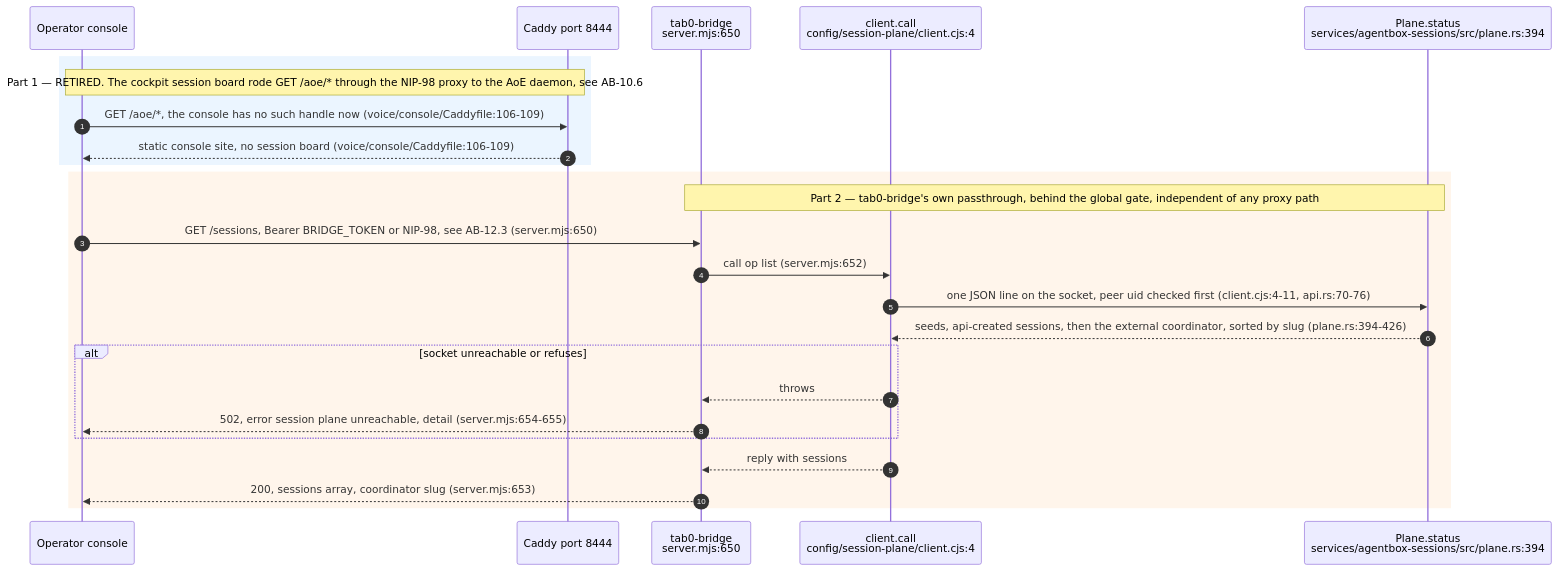
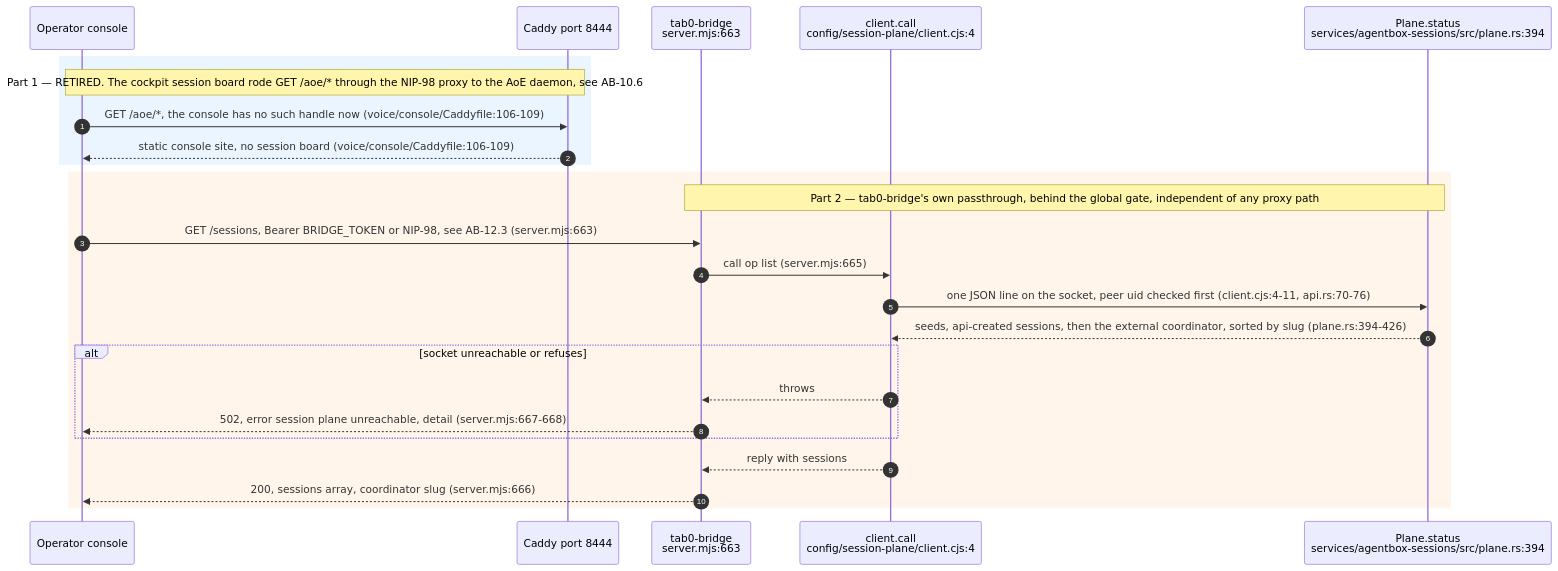
The eighth of 12 diagrams in docs/diagrams/agentbox/12-tab0-bridge-and-interaction-plane.md (DreamLab-AI/VisionFlow), drawn with Mermaid before and after one commit. The commit also changed other lines of this file and 8 other files, not shown here.

First line of the commit message:
docs(diagrams): re-verify the NIP-98 proxy topics and the custody counts at agentbox 0693c761c (VF-DIAGRAM-NIP98-DRIFT)

````diff
--- a/docs/diagrams/agentbox/12-tab0-bridge-and-interaction-plane.md
+++ b/docs/diagrams/agentbox/12-tab0-bridge-and-interaction-plane.md
@@ -361,28 +362,28 @@
 ```mermaid
 sequenceDiagram
     autonumber
     participant Op as Operator console
     participant Cad as Caddy port 8444
-    participant B as tab0-bridge<br/>server.mjs:650
+    participant B as tab0-bridge<br/>server.mjs:663
     participant Cl as client.call<br/>config/session-plane/client.cjs:4
     participant Sock as Plane.status<br/>services/agentbox-sessions/src/plane.rs:394
 
     rect rgb(235,245,255)
     Note over Op,Cad: Part 1 — RETIRED. The cockpit session board rode GET /aoe/* through the NIP-98 proxy to the AoE daemon, see AB-10.6
     Op->>Cad: GET /aoe/*, the console has no such handle now (voice/console/Caddyfile:106-109)
     Cad-->>Op: static console site, no session board (voice/console/Caddyfile:106-109)
     end
     rect rgb(255,245,235)
     Note over B,Sock: Part 2 — tab0-bridge's own passthrough, behind the global gate, independent of any proxy path
-    Op->>B: GET /sessions, Bearer BRIDGE_TOKEN or NIP-98, see AB-12.3 (server.mjs:650)
-    B->>Cl: call op list (server.mjs:652)
+    Op->>B: GET /sessions, Bearer BRIDGE_TOKEN or NIP-98, see AB-12.3 (server.mjs:663)
+    B->>Cl: call op list (server.mjs:665)
     Cl->>Sock: one JSON line on the socket, peer uid checked first (client.cjs:4-11, api.rs:70-76)
     Sock-->>Cl: seeds, api-created sessions, then the external coordinator, sorted by slug (plane.rs:394-426)
     alt socket unreachable or refuses
         Cl-->>B: throws
-        B-->>Op: 502, error session plane unreachable, detail (server.mjs:654-655)
+        B-->>Op: 502, error session plane unreachable, detail (server.mjs:667-668)
     end
     Cl-->>B: reply with sessions
-    B-->>Op: 200, sessions array, coordinator slug (server.mjs:653)
+    B-->>Op: 200, sessions array, coordinator slug (server.mjs:666)
     end
 ```
````
